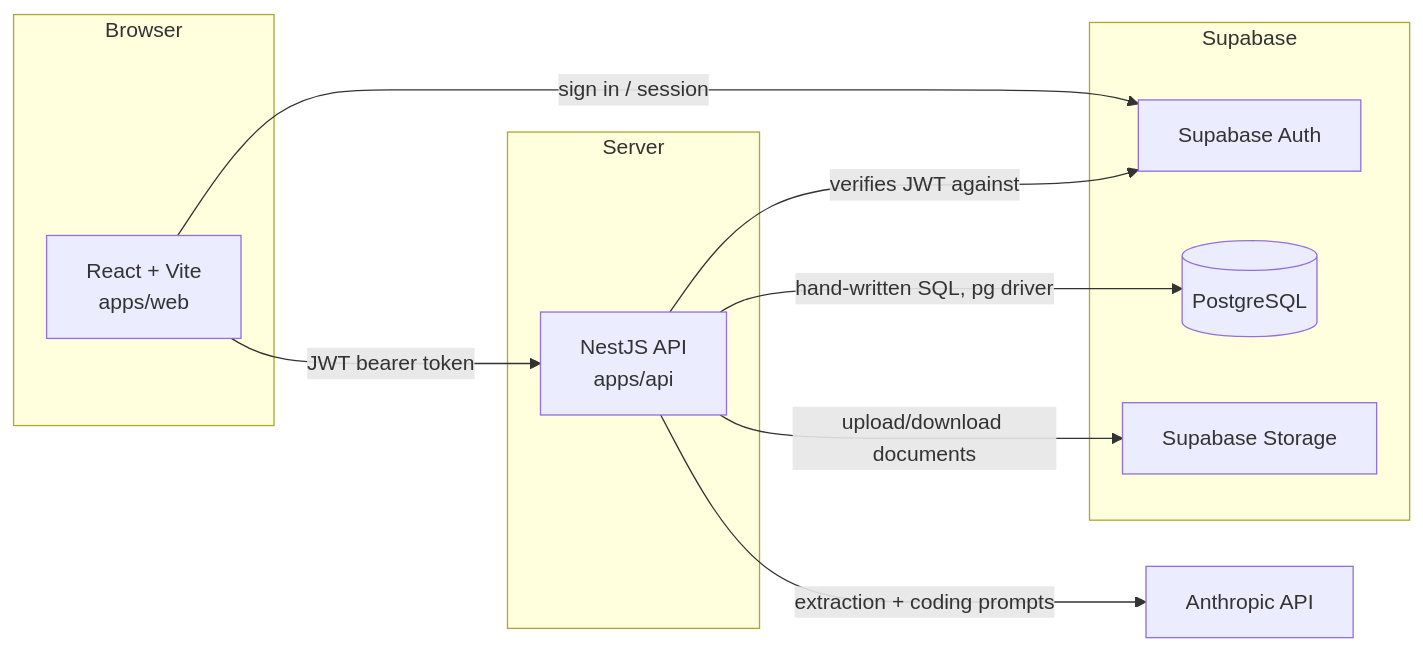
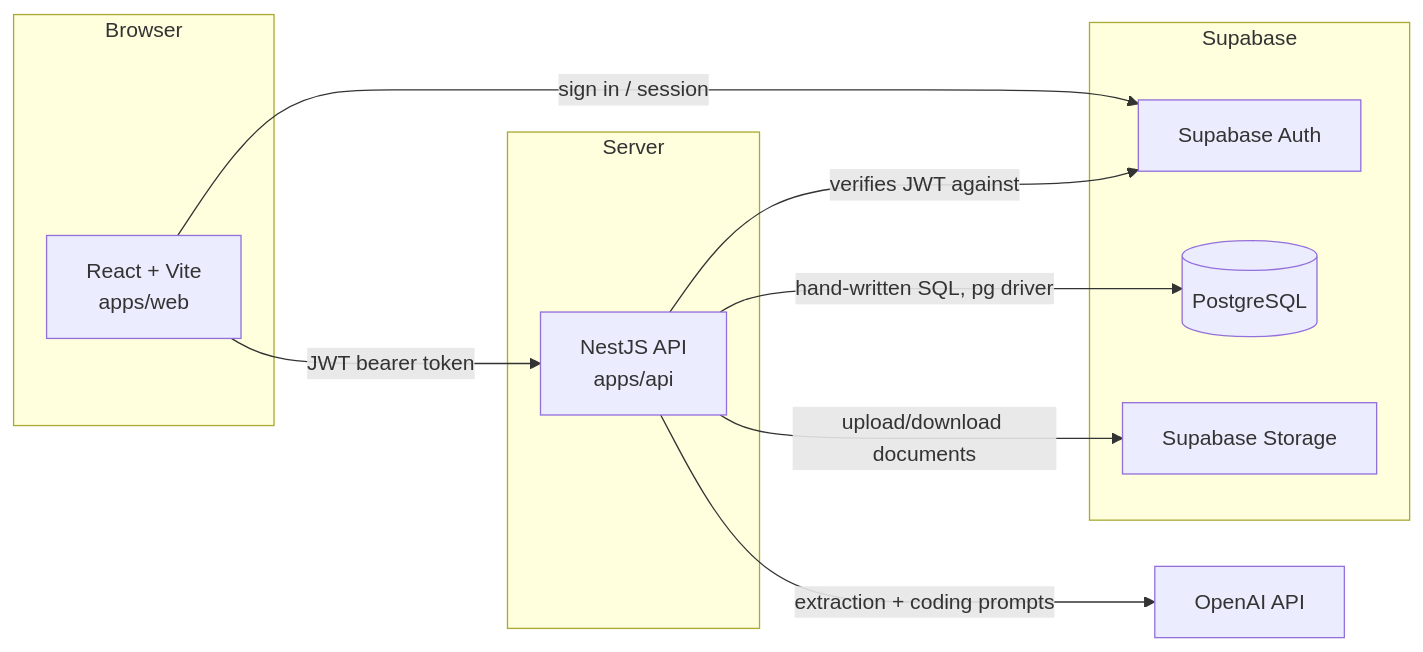
One commit to Addison-Sedudzi/LedgerLine changed the first of 2 diagrams in docs/architecture.md. Above: the diagram before and after it, drawn with Mermaid. The commit also changed other lines of this file and 54 other files, not shown here.

````diff
--- a/docs/architecture.md
+++ b/docs/architecture.md
@@ -3,22 +3,22 @@
 ```mermaid
 flowchart LR
     subgraph Browser
         Web[React + Vite<br/>apps/web]
     end
     subgraph Server
         Api[NestJS API<br/>apps/api]
     end
     subgraph Supabase
         Auth[Supabase Auth]
         DB[(PostgreSQL)]
         Storage[Supabase Storage]
     end
-    Claude[Anthropic API]
+    AI[OpenAI API]
 
     Web -- JWT bearer token --> Api
     Web -- sign in / session --> Auth
     Api -- verifies JWT against --> Auth
     Api -- hand-written SQL, pg driver --> DB
     Api -- upload/download documents --> Storage
-    Api -- extraction + coding prompts --> Claude
+    Api -- extraction + coding prompts --> AI
 ```
````
